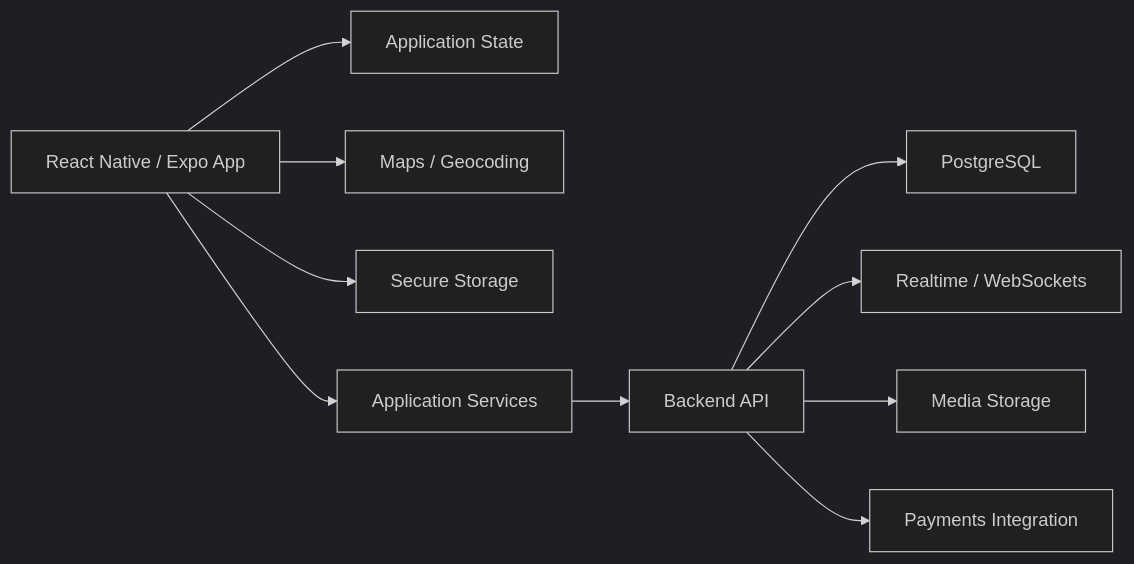
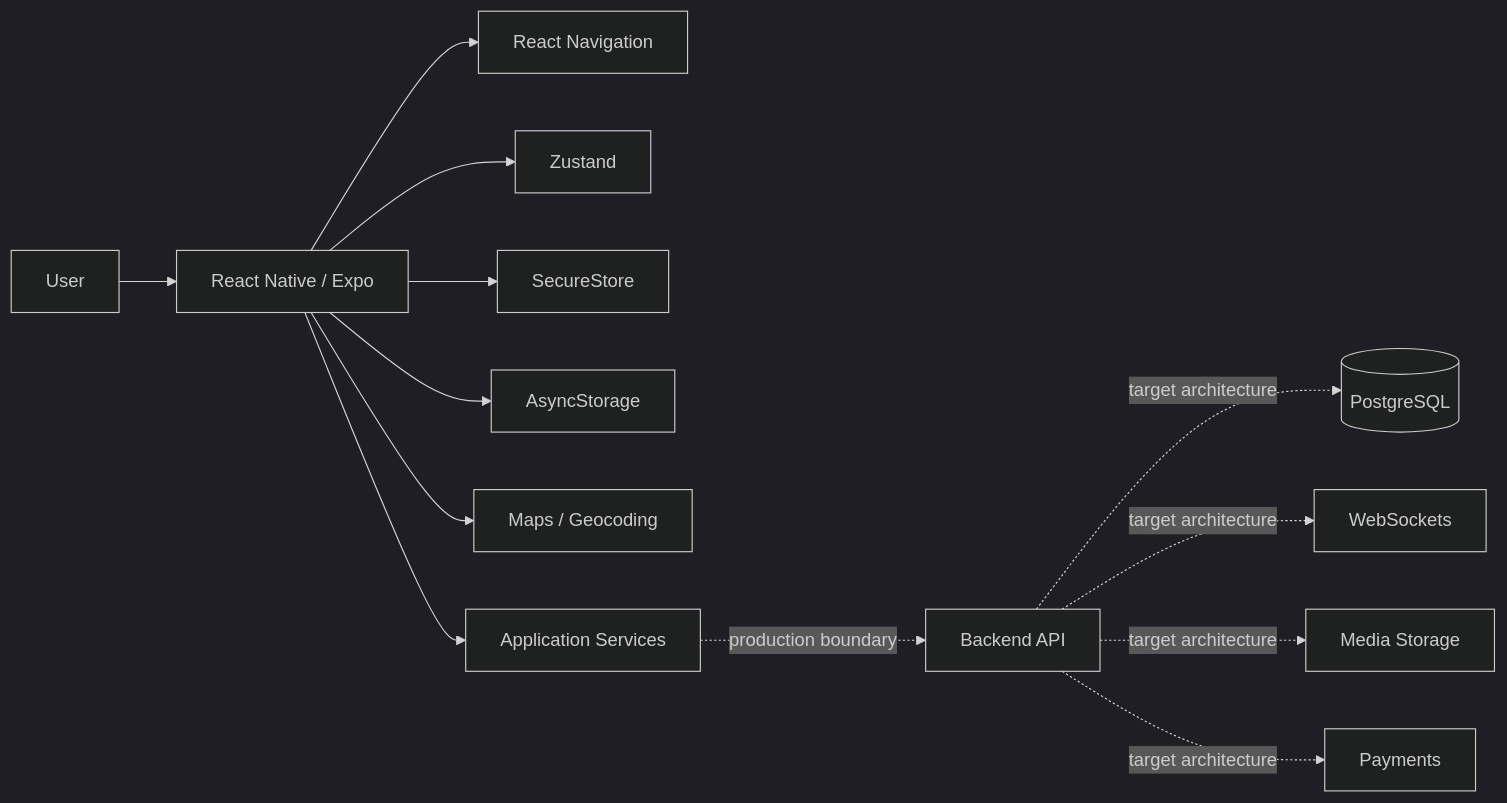
The diagram in README.md (KevinT31/CarLink-Showcase), drawn with Mermaid (dark theme) before and after one commit. The commit also changed other lines of this file, not shown here.

````diff
--- a/README.md
+++ b/README.md
@@ -29,14 +47,18 @@
 ```mermaid
 flowchart LR
-    App[React Native / Expo App] --> State[Application State]
+    User --> App[React Native / Expo]
+
+    App --> Navigation[React Navigation]
+    App --> State[Zustand]
+    App --> Secure[SecureStore]
+    App --> Local[AsyncStorage]
     App --> Maps[Maps / Geocoding]
-    App --> Secure[Secure Storage]
 
     App --> Services[Application Services]
-    Services --> API[Backend API]
+    Services -. production boundary .-> API[Backend API]
 
-    API --> DB[PostgreSQL]
-    API --> Realtime[Realtime / WebSockets]
-    API --> Media[Media Storage]
-    API --> Payments[Payments Integration]
+    API -. target architecture .-> DB[(PostgreSQL)]
+    API -. target architecture .-> Realtime[WebSockets]
+    API -. target architecture .-> Media[Media Storage]
+    API -. target architecture .-> Payments[Payments]
 ```
````
